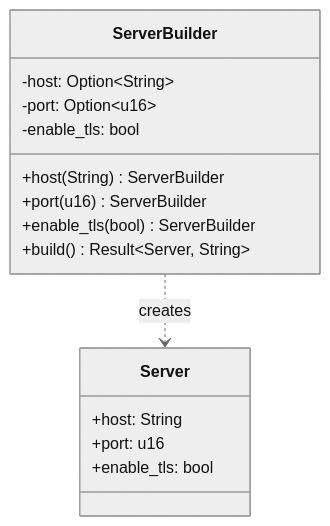
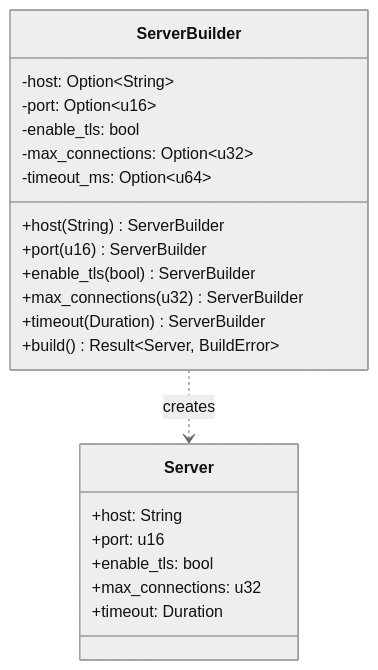
The fifth of 11 diagrams in technical_guides/rust/10-essential-rust-patterns-for-robust-code.md (quanhua92/ai-notes), drawn with Mermaid (neutral theme) before and after one commit. The commit also changed other lines of this file, not shown here.

````diff
--- a/technical_guides/rust/10-essential-rust-patterns-for-robust-code.md
+++ b/technical_guides/rust/10-essential-rust-patterns-for-robust-code.md
@@ -289,18 +588,24 @@
 ```mermaid
 classDiagram
     class ServerBuilder {
         -host: Option~String~
         -port: Option~u16~
         -enable_tls: bool
+        -max_connections: Option~u32~
+        -timeout_ms: Option~u64~
         +host(String) ServerBuilder
         +port(u16) ServerBuilder
         +enable_tls(bool) ServerBuilder
-        +build() Result~Server, String~
+        +max_connections(u32) ServerBuilder
+        +timeout(Duration) ServerBuilder
+        +build() Result~Server, BuildError~
     }
     class Server {
         +host: String
         +port: u16
         +enable_tls: bool
+        +max_connections: u32
+        +timeout: Duration
     }
     ServerBuilder ..> Server : creates
 ```
````
